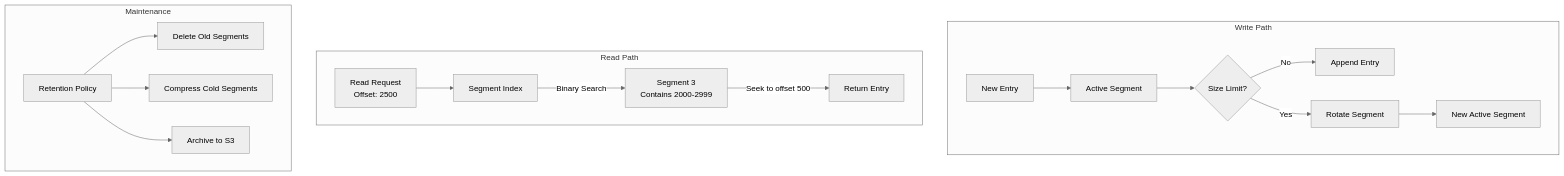
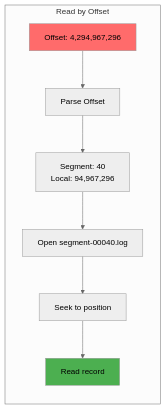
The fourth of 7 diagrams in docs/patterns/segmented-log.md (deepaucksharma/DStudio), drawn with Mermaid (neutral theme) before and after one commit. The commit also changed other lines of this file and 248 other files, not shown here.

````diff
--- a/docs/patterns/segmented-log.md
+++ b/docs/patterns/segmented-log.md
@@ -71,22 +109,13 @@
 ```mermaid
-graph TB
-    subgraph "Write Path"
-        WRITE[New Entry] --> ACTIVE[Active Segment]
-        ACTIVE --> CHECK{Size Limit?}
-        CHECK -->|No| APPEND[Append Entry]
-        CHECK -->|Yes| ROTATE[Rotate Segment]
-        ROTATE --> NEW[New Active Segment]
-    end
-    
-    subgraph "Read Path"
-        READ[Read Request<br/>Offset: 2500] --> INDEX[Segment Index]
-        INDEX -->|Binary Search| S3[Segment 3<br/>Contains 2000-2999]
-        S3 -->|Seek to offset 500| DATA[Return Entry]
-    end
-    
-    subgraph "Maintenance"
-        POLICY[Retention Policy] --> DELETE[Delete Old Segments]
-        POLICY --> COMPRESS[Compress Cold Segments]
-        POLICY --> ARCHIVE[Archive to S3]
-    end
+graph LR
+ subgraph "Read by Offset"
+ Offset[Offset: 4,294,967,296] --> Parse[Parse Offset]
+ Parse --> Segment[Segment: 40<br/>Local: 94,967,296]
+ Segment --> File[Open segment-00040.log]
+ File --> Seek[Seek to position]
+ Seek --> Read[Read record]
+ end
+ 
+ style Offset fill:#ff6b6b
+ style Read fill:#4CAF50
 ```
````
